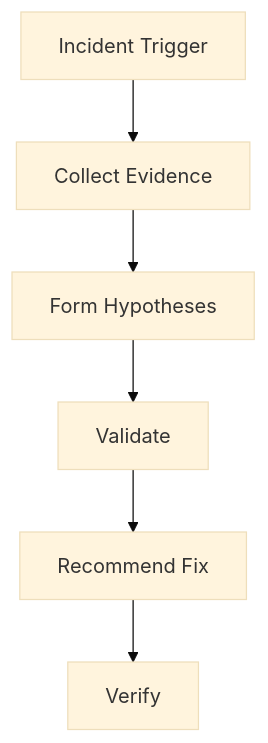
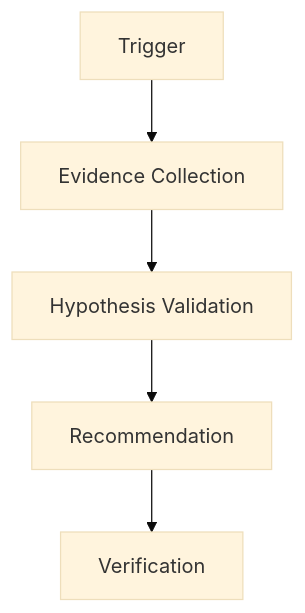
One commit to hakodev2k/Daily-OpenAI changed the diagram in Daily AI Engineering Kit/production-incident-root-cause-agent/README.md. Above: the diagram before and after it, drawn with Mermaid (base theme). The commit also changed other lines of this file, not shown here.

Commit message:
Daily AI Engineering Kit for production-incident-root-cause-agent

````diff
--- a/Daily AI Engineering Kit/production-incident-root-cause-agent/README.md
+++ b/Daily AI Engineering Kit/production-incident-root-cause-agent/README.md
@@ -10,8 +13,7 @@
 ```mermaid
 flowchart TD
-A[Incident Trigger] --> B[Collect Evidence]
-B --> C[Form Hypotheses]
-C --> D[Validate]
-D --> E[Recommend Fix]
-E --> F[Verify]
+A[Trigger] --> B[Evidence Collection]
+B --> C[Hypothesis Validation]
+C --> D[Recommendation]
+D --> E[Verification]
 ```
````
